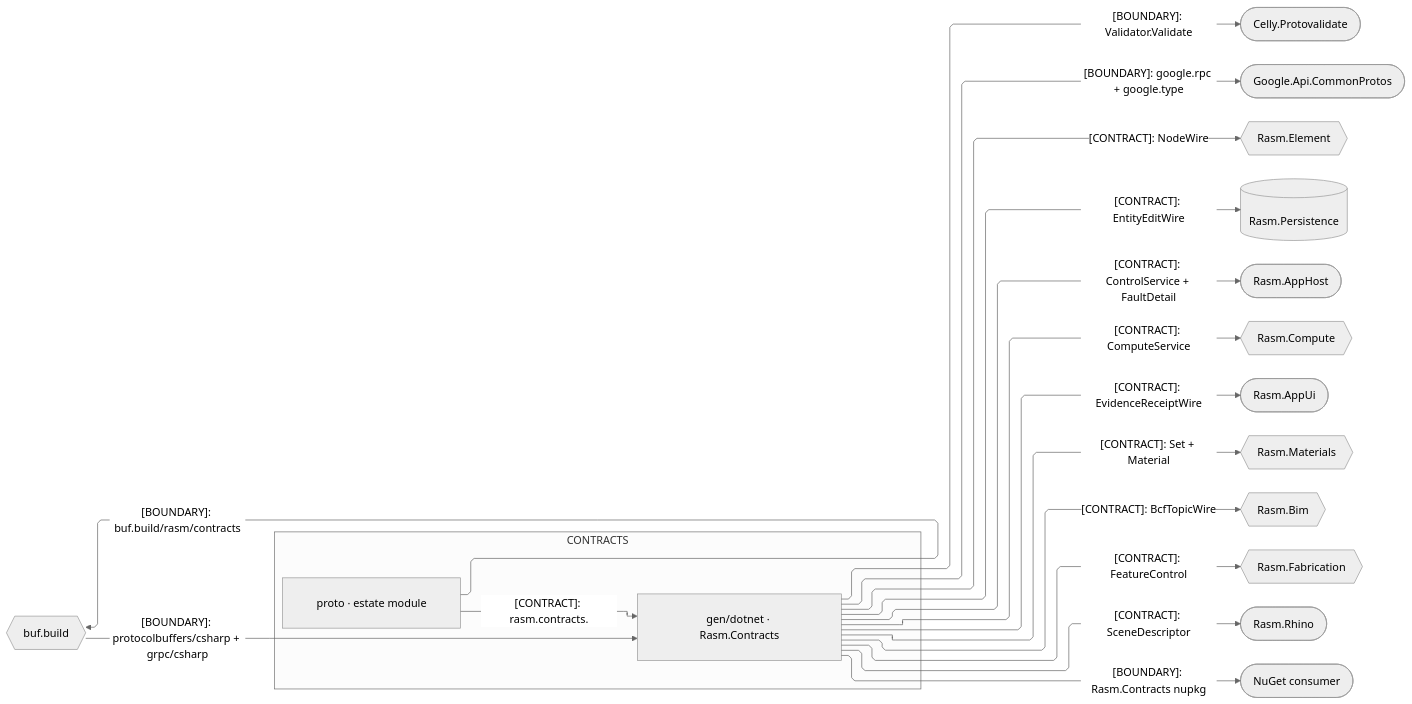
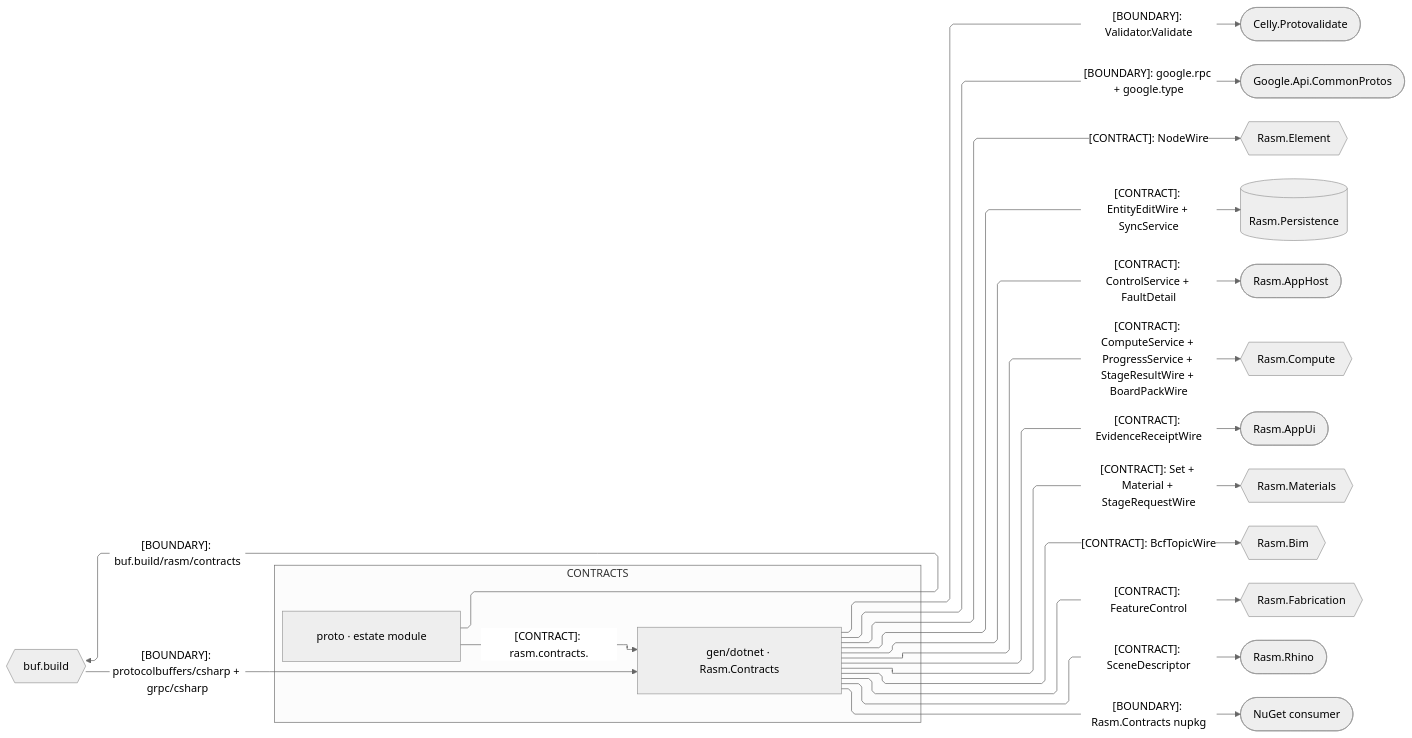
One commit to bsamiee/Rasm changed the second of 6 diagrams in libs/contracts/ARCHITECTURE.md. Above: the diagram before and after it, drawn with Mermaid (neutral theme). The commit also changed other lines of this file and 167 other files, not shown here.

````diff
--- a/libs/contracts/ARCHITECTURE.md
+++ b/libs/contracts/ARCHITECTURE.md
@@ -139,44 +144,44 @@
 ```mermaid
 ---
 config:
   layout: elk
   flowchart:
     curve: linear
     padding: 25
 ---
 flowchart LR
     accTitle: Contracts .NET seam registry
     accDescr: How the corpus and the BSR author the C# emission, which runtime packages its descriptors bind, and which .NET packages consume it.
     subgraph contracts[CONTRACTS]
         Proto[proto · estate module]
         Dotnet[gen/dotnet · Rasm.Contracts]
     end
     Bsr{{buf.build}}
     Protovalidate([Celly.Protovalidate])
     CommonProtos([Google.Api.CommonProtos])
     Element{{Rasm.Element}}
     Persistence[(Rasm.Persistence)]
     AppHost([Rasm.AppHost])
     Compute{{Rasm.Compute}}
     AppUi([Rasm.AppUi])
     Materials{{Rasm.Materials}}
     Bim{{Rasm.Bim}}
     Fabrication{{Rasm.Fabrication}}
     Rhino([Rasm.Rhino])
     Nuget([NuGet consumer])
     Proto e1@-->|"[CONTRACT]: rasm.contracts.<family>"| Dotnet
     Proto e2@-->|"[BOUNDARY]: buf.build/rasm/contracts"| Bsr
     Bsr e3@-->|"[BOUNDARY]: protocolbuffers/csharp + grpc/csharp"| Dotnet
     Dotnet e4@-->|"[BOUNDARY]: Validator.Validate"| Protovalidate
     Dotnet e5@-->|"[BOUNDARY]: google.rpc + google.type"| CommonProtos
     Dotnet e6@-->|"[CONTRACT]: NodeWire"| Element
-    Dotnet e7@-->|"[CONTRACT]: EntityEditWire"| Persistence
+    Dotnet e7@-->|"[CONTRACT]: EntityEditWire + SyncService"| Persistence
     Dotnet e8@-->|"[CONTRACT]: ControlService + FaultDetail"| AppHost
-    Dotnet e9@-->|"[CONTRACT]: ComputeService"| Compute
+    Dotnet e9@-->|"[CONTRACT]: ComputeService + ProgressService + StageResultWire + BoardPackWire"| Compute
     Dotnet e10@-->|"[CONTRACT]: EvidenceReceiptWire"| AppUi
-    Dotnet e11@-->|"[CONTRACT]: Set + Material"| Materials
+    Dotnet e11@-->|"[CONTRACT]: Set + Material + StageRequestWire"| Materials
     Dotnet e12@-->|"[CONTRACT]: BcfTopicWire"| Bim
     Dotnet e13@-->|"[CONTRACT]: FeatureControl"| Fabrication
     Dotnet e14@-->|"[CONTRACT]: SceneDescriptor"| Rhino
     Dotnet e15@-->|"[BOUNDARY]: Rasm.Contracts nupkg"| Nuget
 ```
````
